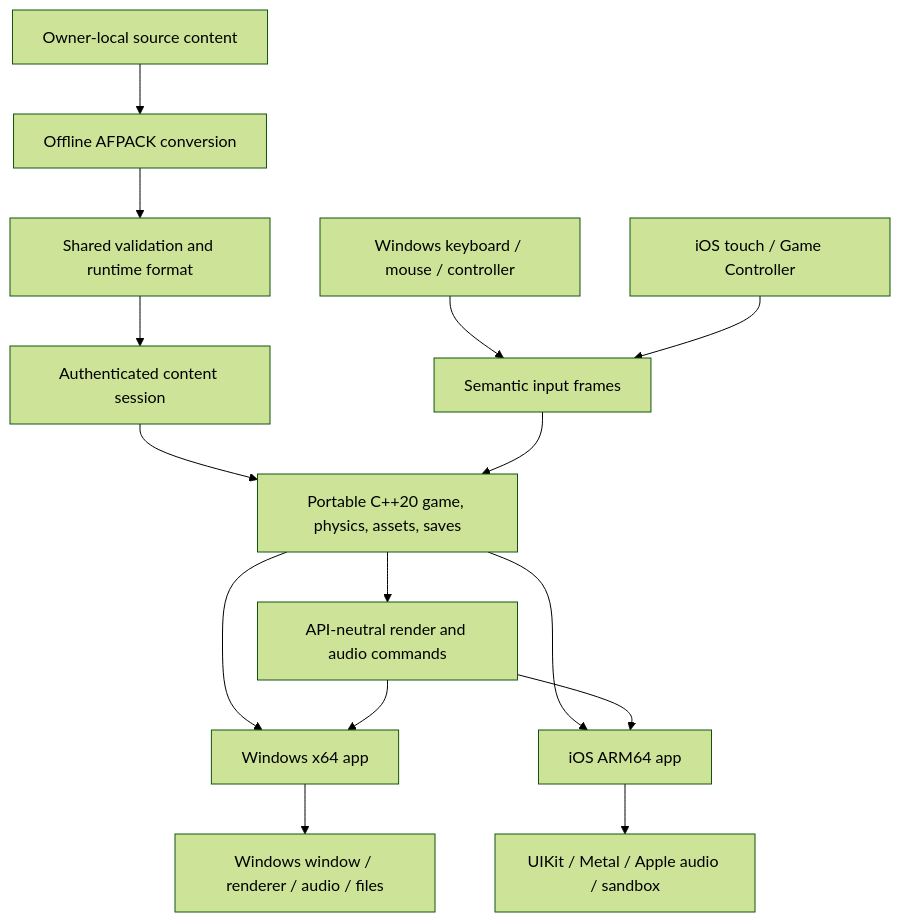
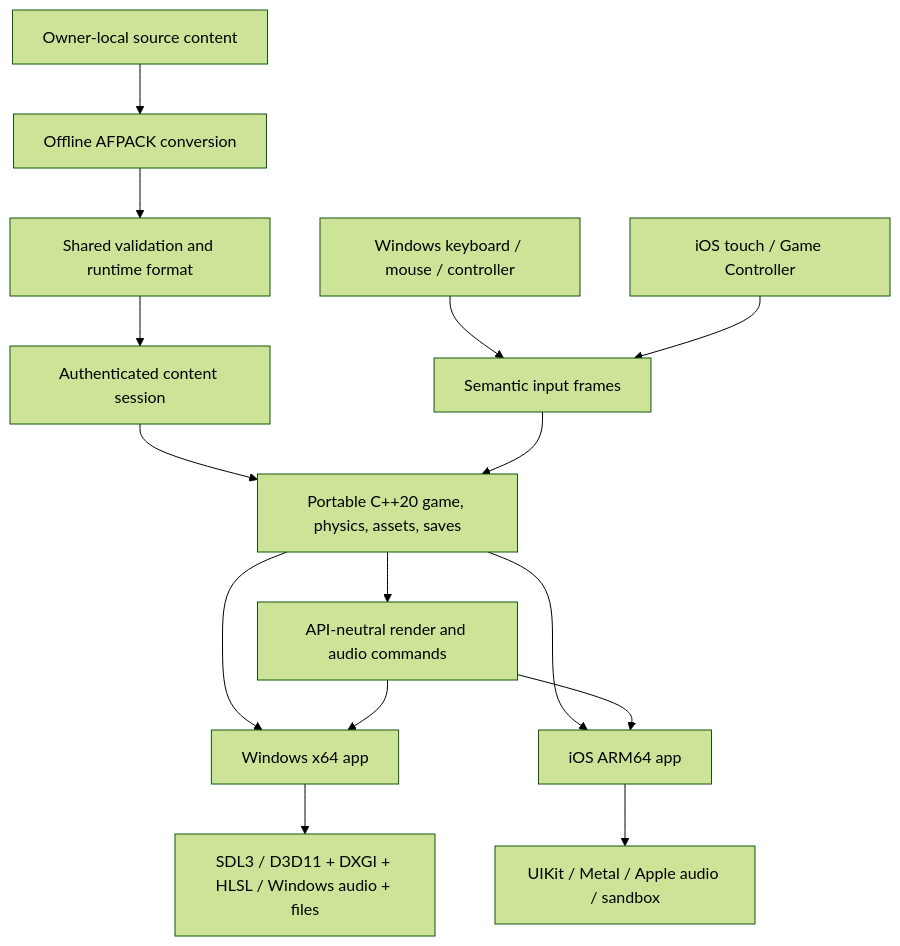
The diagram in README.md (tryk016/airfix-dogfighter), drawn with Mermaid (forest theme) before and after one commit. The commit also changed other lines of this file and 11 other files, not shown here.

Commit message:
docs: select SDL3 and D3D11 Windows stack

````diff
--- a/README.md
+++ b/README.md
@@ -181,17 +181,17 @@
 ```mermaid
 flowchart TD
     A["Owner-local source content"] --> B["Offline AFPACK conversion"]
     B --> C["Shared validation and runtime format"]
     C --> D["Authenticated content session"]
     D --> E["Portable C++20 game, physics, assets, saves"]
     I["Semantic input frames"] --> E
     E --> R["API-neutral render and audio commands"]
     W["Windows keyboard / mouse / controller"] --> I
     T["iOS touch / Game Controller"] --> I
     E --> X["Windows x64 app"]
     R --> X
     E --> Y["iOS ARM64 app"]
     R --> Y
-    X --> WX["Windows window / renderer / audio / files"]
+    X --> WX["SDL3 / D3D11 + DXGI + HLSL / Windows audio + files"]
     Y --> IY["UIKit / Metal / Apple audio / sandbox"]
 ```
````
